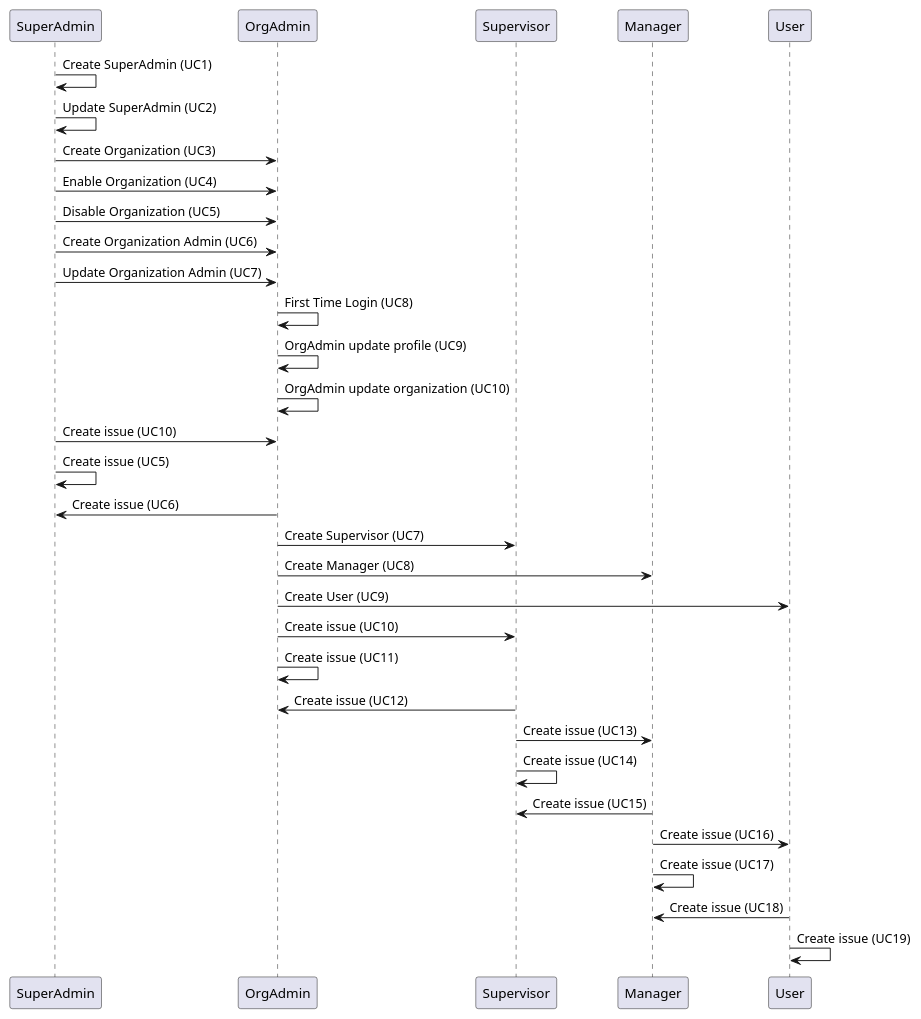
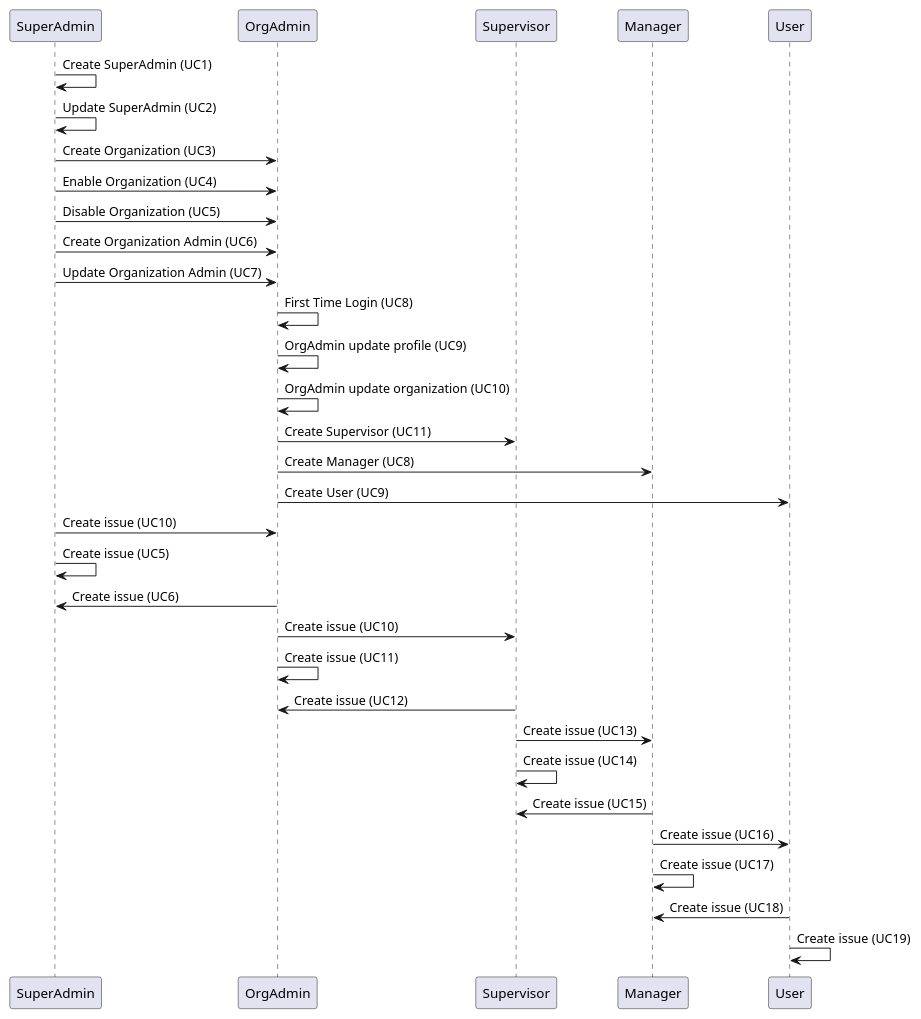
The diagram in documentation/all_usecases.wsd (wawerualbert/CodeHub), drawn with PlantUML before and after one commit. The commit also changed 1 other file, not shown here.

```diff
--- a/documentation/all_usecases.wsd
+++ b/documentation/all_usecases.wsd
@@ -1,47 +1,51 @@
 @startuml AllUseCases
 
 participant "SuperAdmin" as SuperAdmin
 SuperAdmin -> SuperAdmin:Create SuperAdmin (UC1)
 SuperAdmin -> SuperAdmin:Update SuperAdmin (UC2)
 
 SuperAdmin -> OrgAdmin:Create Organization (UC3)
 SuperAdmin -> OrgAdmin:Enable Organization (UC4)
 SuperAdmin -> OrgAdmin:Disable Organization (UC5)
 
 SuperAdmin -> OrgAdmin:Create Organization Admin (UC6)
 SuperAdmin -> OrgAdmin:Update Organization Admin (UC7)
 
 OrgAdmin -> OrgAdmin:First Time Login (UC8)
 OrgAdmin -> OrgAdmin:OrgAdmin update profile (UC9)
 OrgAdmin -> OrgAdmin:OrgAdmin update organization (UC10)
 
+OrgAdmin -> Supervisor:Create Supervisor (UC11)
+
+
+OrgAdmin -> Manager:Create Manager (UC8)
+OrgAdmin -> User:Create User (UC9)
+
 SuperAdmin -> OrgAdmin:Create issue (UC10)
 SuperAdmin -> SuperAdmin:Create issue (UC5)
 
 OrgAdmin -> SuperAdmin:Create issue (UC6)
 
-OrgAdmin -> Supervisor:Create Supervisor (UC7)
-OrgAdmin -> Manager:Create Manager (UC8)
-OrgAdmin -> User:Create User (UC9)
+
 
 OrgAdmin -> Supervisor:Create issue (UC10)
 OrgAdmin -> OrgAdmin:Create issue (UC11)
 
 participant "Supervisor" as Supervisor
 Supervisor -> OrgAdmin:Create issue (UC12)
 Supervisor -> Manager:Create issue (UC13)
 Supervisor -> Supervisor:Create issue (UC14)
 
 
 participant "Manager" as Manager
 Manager -> Supervisor:Create issue (UC15)
 Manager -> User:Create issue (UC16)
 Manager -> Manager:Create issue (UC17)
 
 
 participant "User" as User
 User -> Manager:Create issue (UC18)
 User -> User:Create issue (UC19)
 
 
 @enduml
```
